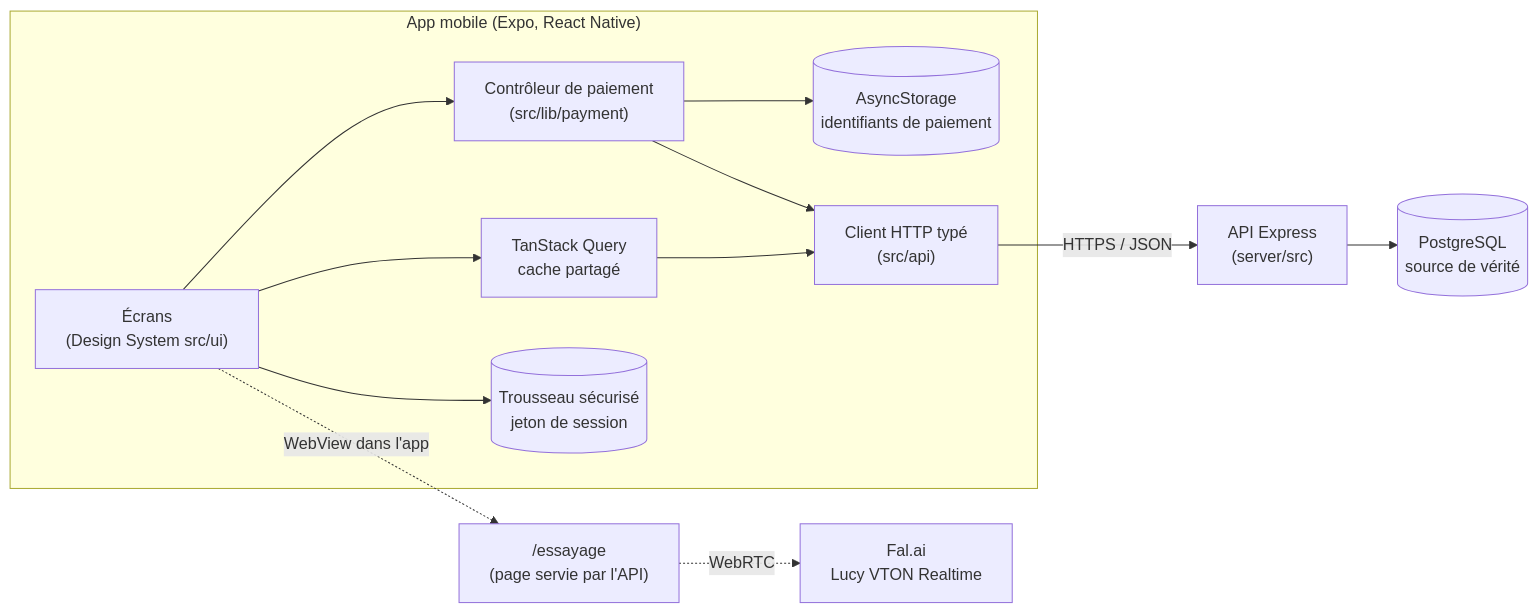
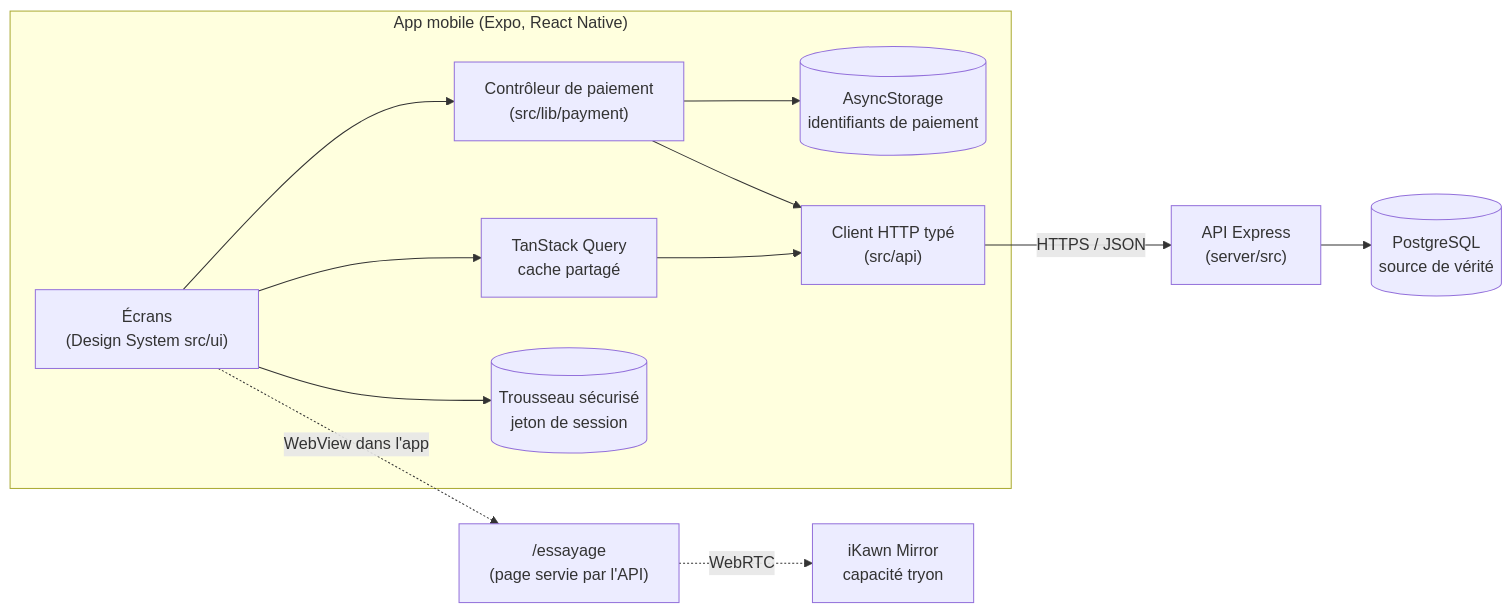
The first of 2 diagrams in README.md (Risthan/ziko-shop), drawn with Mermaid before and after one commit. The commit also changed other lines of this file and 3 other files, not shown here.

First line of the commit message:
feat(mobile): use iKawn Mirror for the live try-on tab

````diff
--- a/README.md
+++ b/README.md
@@ -134,15 +134,15 @@
 ```mermaid
 flowchart LR
   subgraph App["App mobile (Expo, React Native)"]
     UI["Écrans<br/>(Design System src/ui)"] --> Q["TanStack Query<br/>cache partagé"]
     UI --> P["Contrôleur de paiement<br/>(src/lib/payment)"]
     P --> S[("AsyncStorage<br/>identifiants de paiement")]
     UI --> K[("Trousseau sécurisé<br/>jeton de session")]
     Q --> C["Client HTTP typé<br/>(src/api)"]
     P --> C
   end
   C -- HTTPS / JSON --> API["API Express<br/>(server/src)"]
   API --> DB[("PostgreSQL<br/>source de vérité")]
   UI -. WebView dans l'app .-> T["/essayage<br/>(page servie par l'API)"]
-  T -. WebRTC .-> D["Fal.ai<br/>Lucy VTON Realtime"]
+  T -. WebRTC .-> D["iKawn Mirror<br/>capacité tryon"]
 ```
````
